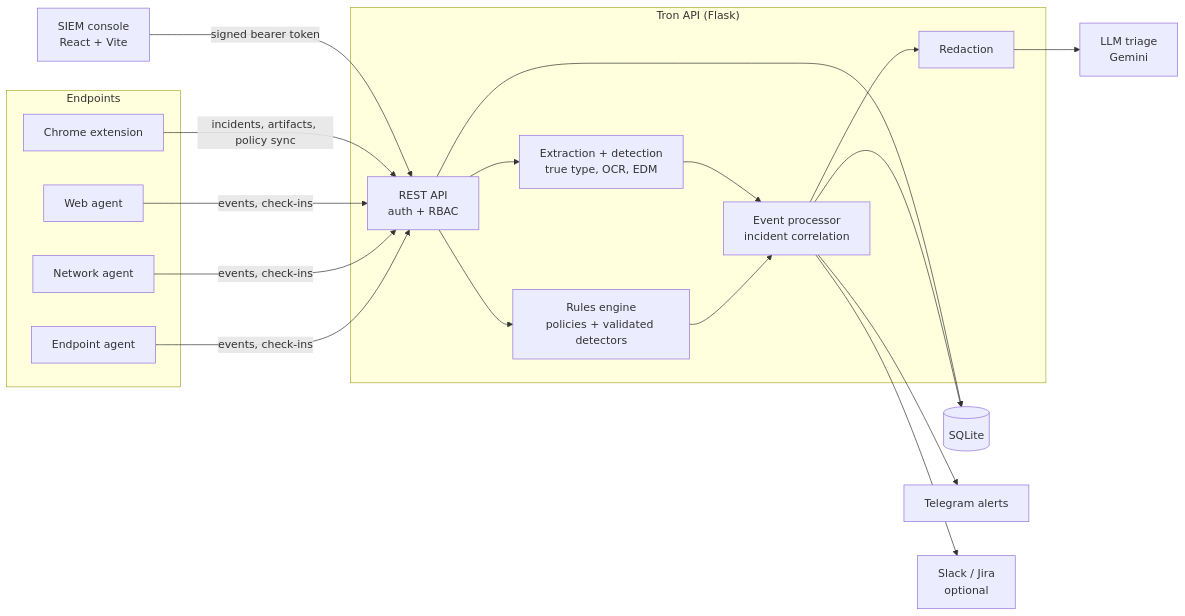
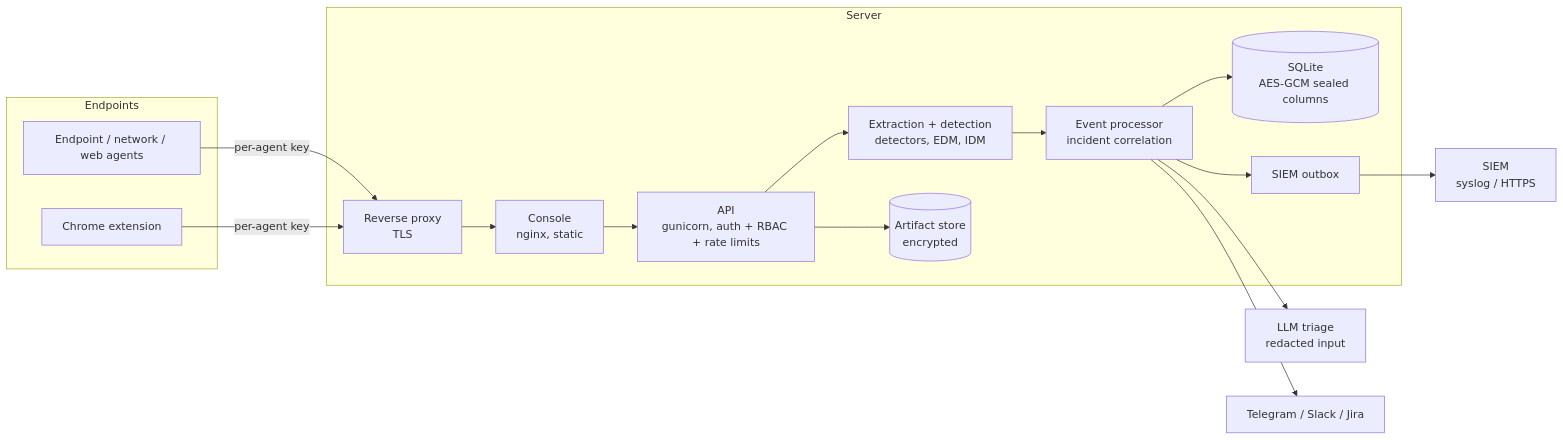
Before and after one commit to Kathan2004/Tron-the-DLP-Agent: the diagram in README.md, drawn with Mermaid. The commit also changed other lines of this file and 38 other files, not shown here.

````diff
--- a/README.md
+++ b/README.md
@@ -67,34 +65,30 @@
 ```mermaid
 flowchart LR
     subgraph Endpoints
-        EA[Endpoint agent]
-        NA[Network agent]
-        WA[Web agent]
+        EA[Endpoint / network / web agents]
         EXT[Chrome extension]
     end
 
-    subgraph Server["Tron API (Flask)"]
-        API[REST API<br/>auth + RBAC]
-        RE[Rules engine<br/>policies + validated detectors]
-        FS[Extraction + detection<br/>true type, OCR, EDM]
-        RED[Redaction]
+    subgraph Server
+        RP[Reverse proxy<br/>TLS]
+        CON[Console<br/>nginx, static]
+        API[API<br/>gunicorn, auth + RBAC + rate limits]
+        DET[Extraction + detection<br/>detectors, EDM, IDM]
         EP[Event processor<br/>incident correlation]
+        DB[(SQLite<br/>AES-GCM sealed columns)]
+        ART[(Artifact store<br/>encrypted)]
+        OUT[SIEM outbox]
     end
 
-    DB[(SQLite)]
-    CON[SIEM console<br/>React + Vite]
-    LLM[LLM triage<br/>Gemini]
-    TG[Telegram alerts]
-    ESC[Slack / Jira<br/>optional]
+    SIEM[SIEM<br/>syslog / HTTPS]
+    LLM[LLM triage<br/>redacted input]
+    ALERT[Telegram / Slack / Jira]
 
-    EA & NA & WA -- events, check-ins --> API
-    EXT -- incidents, artifacts, policy sync --> API
-    API --> RE --> EP
-    API --> FS --> EP
-    EP --> DB
-    EP --> RED --> LLM
-    EP --> TG
-    EP --> ESC
-    CON -- signed bearer token --> API
-    API --> DB
+    EA & EXT -- per-agent key --> RP
+    RP --> CON --> API
+    API --> DET --> EP --> DB
+    API --> ART
+    EP --> OUT --> SIEM
+    EP --> LLM
+    EP --> ALERT
 ```
````
